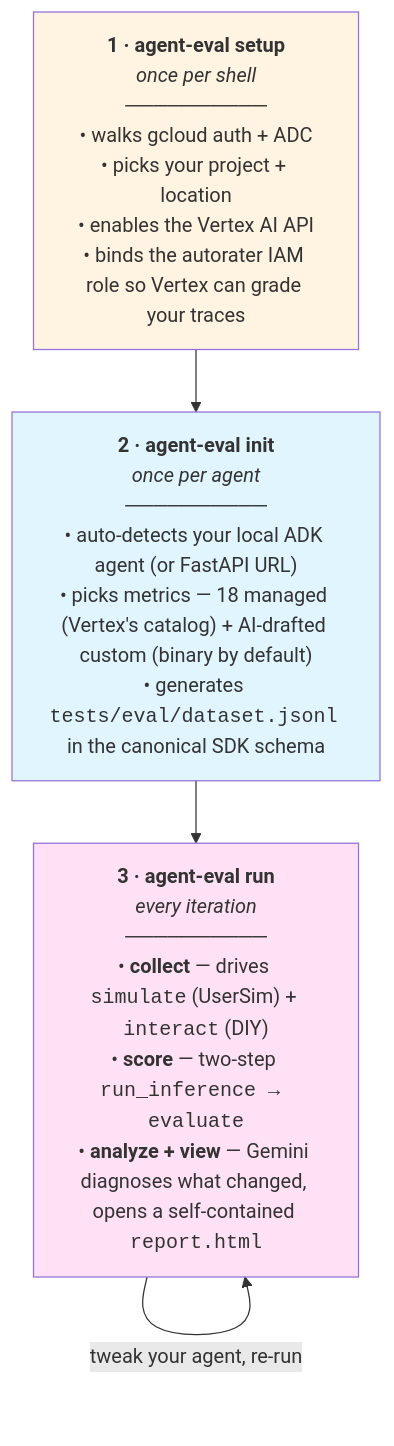
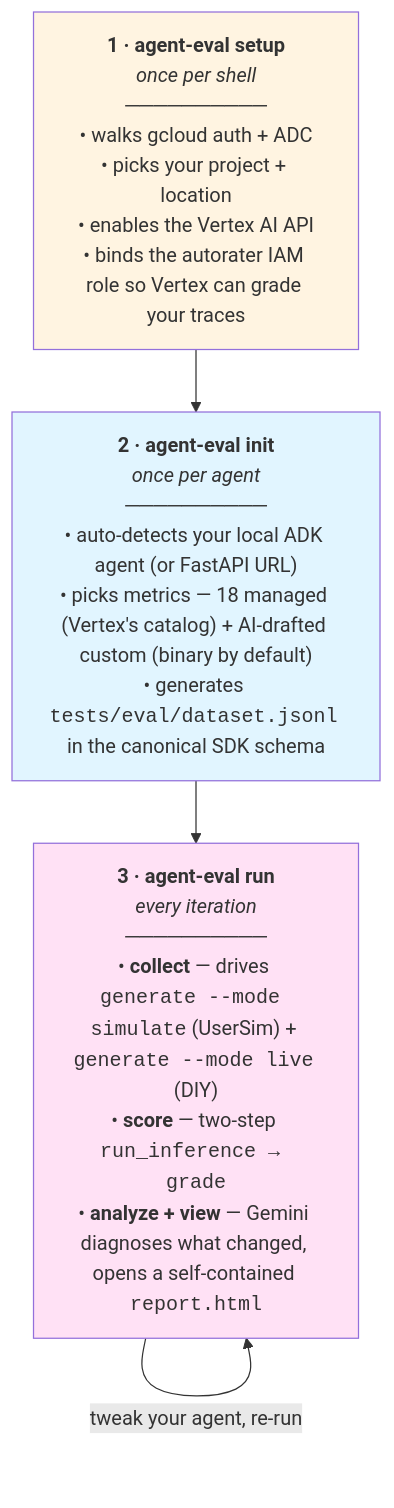
Before and after one commit to GoogleCloudPlatform/professional-services: the diagram in tools/agent-eval/README.md, drawn with Mermaid. The commit also changed other lines of this file and 49 other files, not shown here.

First line of the commit message:
feat(agent-eval): v0.2.0 — framework-agnostic OTel/OpenInference ingestion and Agents CLI vocabulary convergence (#2235)

````diff
--- a/tools/agent-eval/README.md
+++ b/tools/agent-eval/README.md
@@ -13,13 +13,13 @@
 ```mermaid
 flowchart TD
     setup["<b>1 · agent-eval setup</b><br/><i>once per shell</i><br/>──────────<br/>• walks gcloud auth + ADC<br/>• picks your project + location<br/>• enables the Vertex AI API<br/>• binds the autorater IAM role so Vertex can grade your traces"]
     init["<b>2 · agent-eval init</b><br/><i>once per agent</i><br/>──────────<br/>• auto-detects your local ADK agent (or FastAPI URL)<br/>• picks metrics — 18 managed (Vertex's catalog) + AI-drafted custom (binary by default)<br/>• generates <code>tests/eval/dataset.jsonl</code> in the canonical SDK schema"]
-    run["<b>3 · agent-eval run</b><br/><i>every iteration</i><br/>──────────<br/>• <b>collect</b> — drives <code>simulate</code> (UserSim) + <code>interact</code> (DIY)<br/>• <b>score</b> — two-step <code>run_inference → evaluate</code><br/>• <b>analyze + view</b> — Gemini diagnoses what changed, opens a self-contained <code>report.html</code>"]
+    run["<b>3 · agent-eval run</b><br/><i>every iteration</i><br/>──────────<br/>• <b>collect</b> — drives <code>generate --mode simulate</code> (UserSim) + <code>generate --mode live</code> (DIY)<br/>• <b>score</b> — two-step <code>run_inference → grade</code><br/>• <b>analyze + view</b> — Gemini diagnoses what changed, opens a self-contained <code>report.html</code>"]
 
     setup --> init --> run
     run -->|tweak your agent, re-run| run
 
     style setup fill:#fff4e1
     style init fill:#e1f5ff
     style run fill:#ffe1f5
 ```
````
